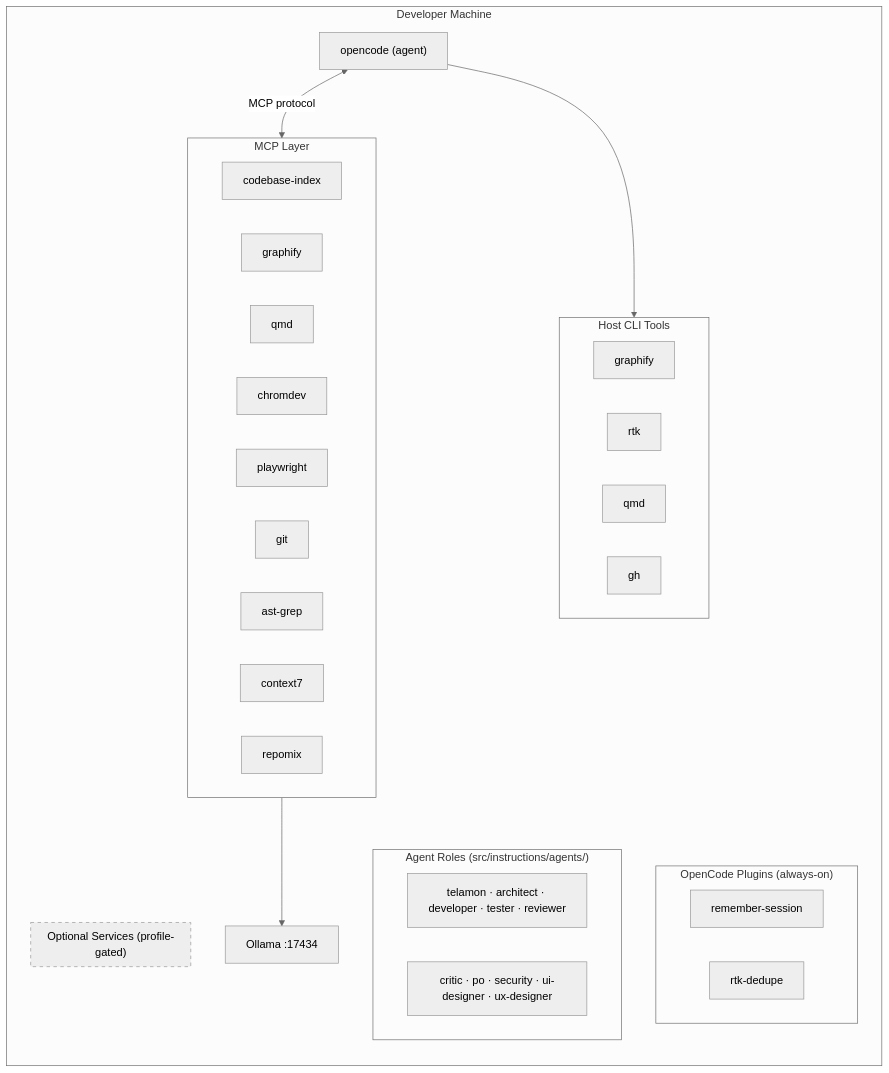
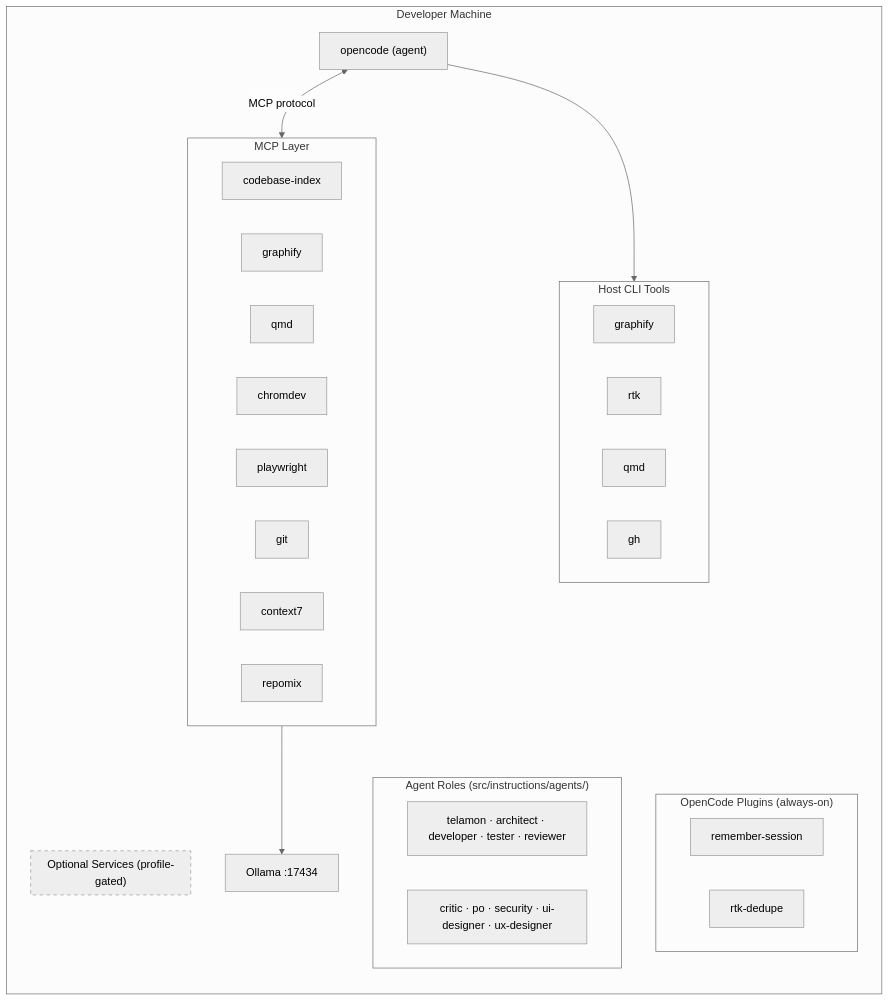
The diagram in docs/architecture.md (hgraca/telamon), drawn with Mermaid (neutral theme) before and after one commit. The commit also changed other lines of this file and 3 other files, not shown here.

First line of the commit message:
chore: remove grep-app and ast-grep MCP servers

````diff
--- a/docs/architecture.md
+++ b/docs/architecture.md
@@ -14,46 +14,45 @@
 ```mermaid
 flowchart TB
     subgraph dev["Developer Machine"]
         direction TB
 
         oc["opencode (agent)"] <-->|"MCP protocol"| mcp
 
         subgraph mcp["MCP Layer"]
             cbi["codebase-index"]
             gf_m["graphify"]
             qmd_m["qmd"]
             cd_m["chromdev"]
             pw_m["playwright"]
             git_m["git"]
-            ag_m["ast-grep"]
             c7_m["context7"]
             rm_m["repomix"]
         end
 
         mcp --> ol["Ollama :17434"]
 
         oc --> cli
 
         subgraph cli["Host CLI Tools"]
             cli_g["graphify"]
             cli_r["rtk"]
             cli_q["qmd"]
             cli_gh["gh"]
         end
 
         subgraph plugins["OpenCode Plugins (always-on)"]
             p_sc["remember-session"]
             p_rd["rtk-dedupe"]
         end
 
         subgraph agents["Agent Roles (src/instructions/agents/)"]
             a1["telamon · architect · developer · tester · reviewer"]
             a2["critic · po · security · ui-designer · ux-designer"]
         end
 
         subgraph optional["Optional Services (profile-gated)"]
         end
     end
 
     style optional stroke-dasharray: 5 5
 ```
````
